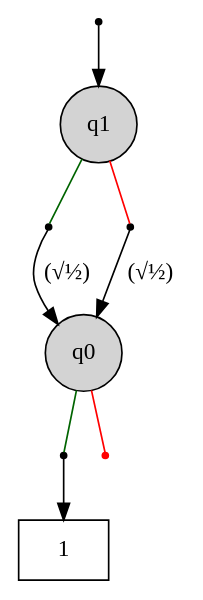
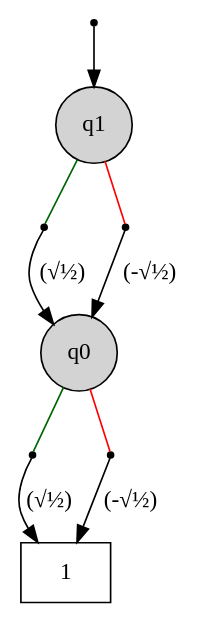
One commit to cda-tum/mqt-ddvis changed the diagram in data/1.dot. Above: the diagram before and after it, drawn with Graphviz. The commit also changed 10 other files, not shown here.

```diff
--- a/data/1.dot
+++ b/data/1.dot
@@ -1,24 +1,25 @@
 digraph "DD" {
 graph [center=true, ordering=out];
 node [shape=circle, center=true];
 "T" [ shape = box, label="1" ];
 "R" [label="", shape=point];
 "0" [ label="q1" ,style=filled, fillcolor=lightgray ];
 "0h0"  [label="", shape=point];
 "0h2"  [label="", shape=point];
 "1" [ label="q0" ,style=filled, fillcolor=lightgray ];
 "1h0"  [label="", shape=point ];
-"1h2"  [label="", shape=point , fillcolor=red, color=red];
+"1h2"  [label="", shape=point ];
 
 "R" -> "0"
 {rank=same; "0h0" "0h2"}
 "0" -> "0h0" [arrowhead=none,color=darkgreen];
 "0h0" -> "1" [label=" (√½)" ];
 "0" -> "0h2" [arrowhead=none,color=red];
-"0h2" -> "1" [label=" (√½)" ];
+"0h2" -> "1" [label=" (-√½)" ];
 {rank=same; "1h0" "1h2"}
 "1" -> "1h0" [arrowhead=none,color=darkgreen];
-"1h0"-> "T";
+"1h0"-> "T" [label= "(√½)", ];
 "1" -> "1h2" [arrowhead=none,color=red];
+"1h2"-> "T" [label= "(-√½)", ];
 
 }
```
